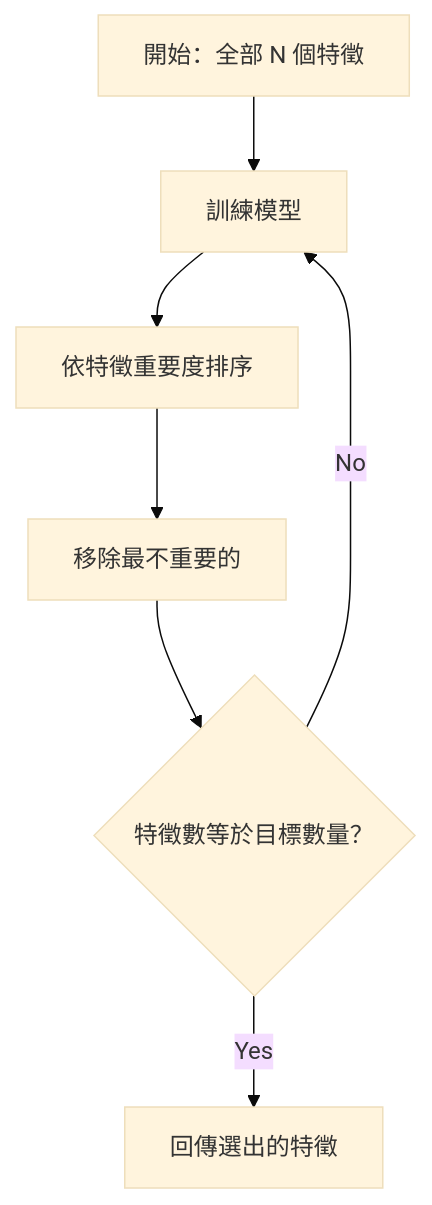
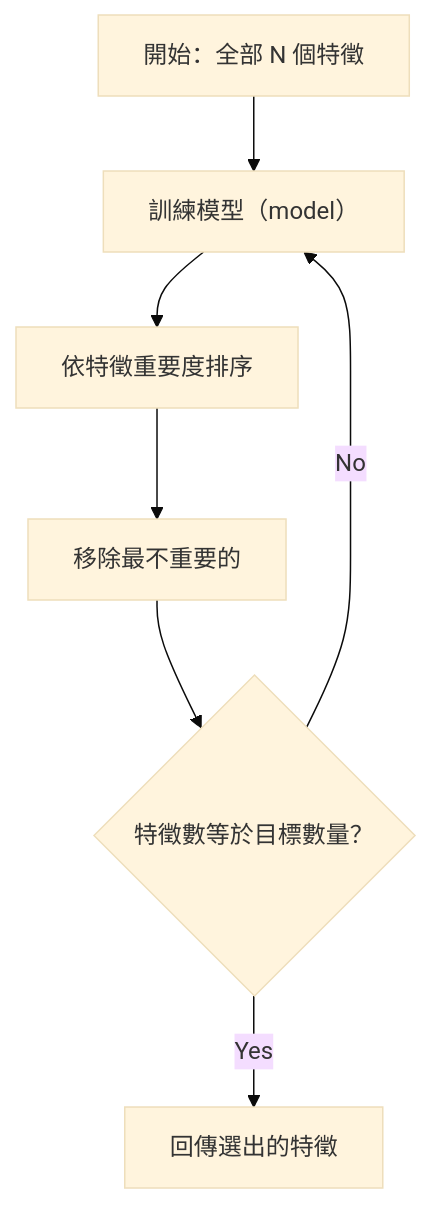
Before and after one commit to edward821220/ai-engineering-from-scratch: the third of 4 diagrams in i18n/zh-TW/phases/02-ml-fundamentals/18-feature-selection/docs/zh-TW.md, drawn with Mermaid (base theme). The commit also changed other lines of this file and 87 other files, not shown here.

````diff
--- a/i18n/zh-TW/phases/02-ml-fundamentals/18-feature-selection/docs/zh-TW.md
+++ b/i18n/zh-TW/phases/02-ml-fundamentals/18-feature-selection/docs/zh-TW.md
@@ -107,9 +107,9 @@
 ```mermaid
 flowchart TD
-    A["開始：全部 N 個特徵"] --> B["訓練模型"]
+    A["開始：全部 N 個特徵"] --> B["訓練模型（model）"]
     B --> C["依特徵重要度排序"]
     C --> D["移除最不重要的"]
     D --> E{"特徵數等於目標數量？"}
     E -->|No| B
     E -->|Yes| F["回傳選出的特徵"]
 ```
````
